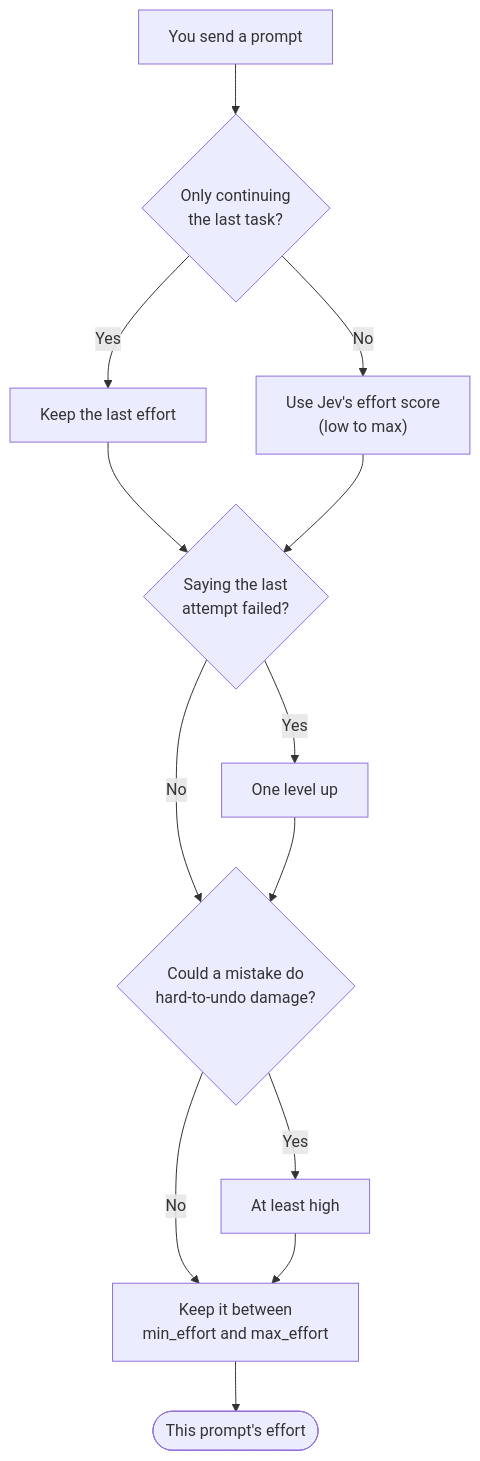
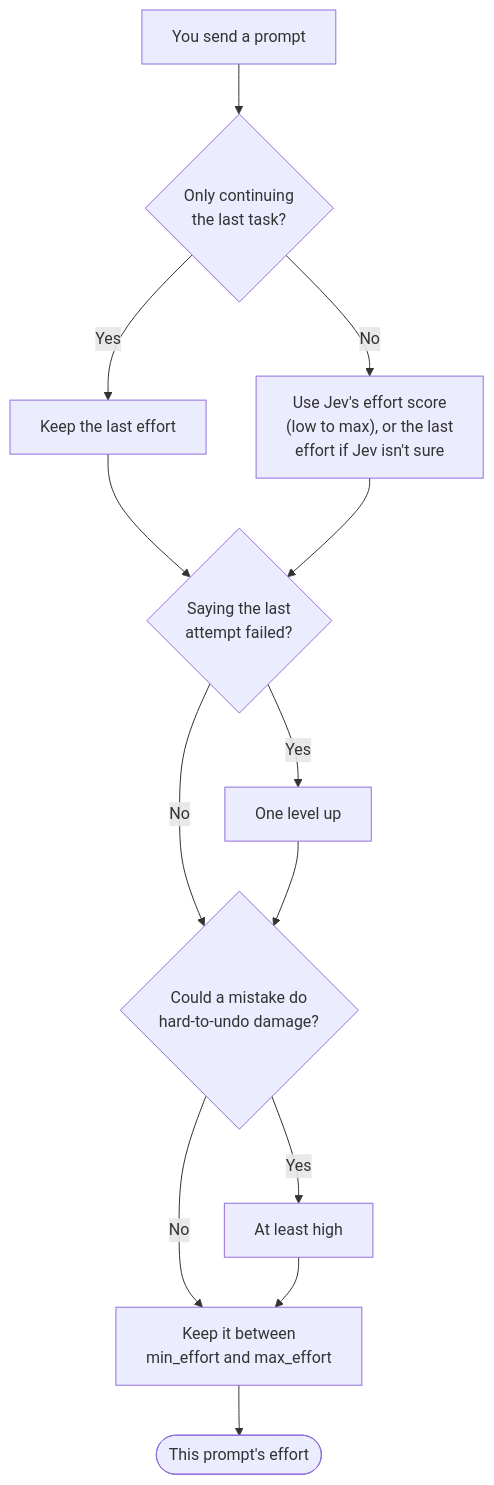
The third of 3 diagrams in README.md (KevinYu1580/jcGearbox), drawn with Mermaid before and after one commit. The commit also changed other lines of this file and 1 other file, not shown here.

First line of the commit message:
docs(readme): 說明 Jev 沒把握時沿用 effort 的規則

````diff
--- a/README.md
+++ b/README.md
@@ -75,15 +75,15 @@
 ```mermaid
 flowchart TD
     P["You send a prompt"] --> C{"Only continuing<br/>the last task?"}
     C -->|"Yes"| K["Keep the last effort"]
-    C -->|"No"| J["Use Jev's effort score<br/>(low to max)"]
+    C -->|"No"| J["Use Jev's effort score<br/>(low to max), or the last<br/>effort if Jev isn't sure"]
     K --> F{"Saying the last<br/>attempt failed?"}
     J --> F
     F -->|"Yes"| U["One level up"]
     F -->|"No"| R{"Could a mistake do<br/>hard-to-undo damage?"}
     U --> R
     R -->|"Yes"| X["At least high"]
     R -->|"No"| M["Keep it between<br/>min_effort and max_effort"]
     X --> M
     M --> E(["This prompt's effort"])
 ```
````
